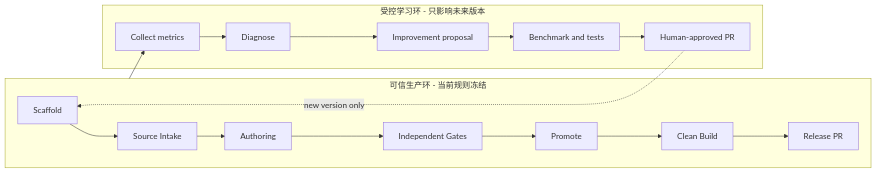
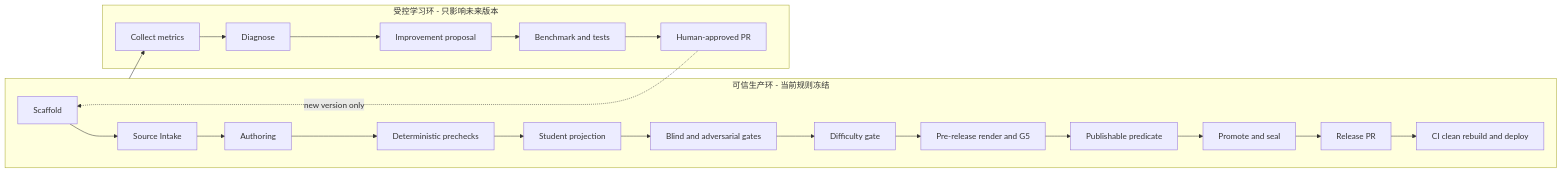
The diagram in docs/superpowers/specs/2026-07-10-cils-exam-factory-v2-design.md (Kendrick-Stein/cils-exam-factory), drawn with Mermaid before and after one commit. The commit also changed other lines of this file, not shown here.

Commit message:
docs: clarify CILS v2 lifecycle and gates

````diff
--- a/docs/superpowers/specs/2026-07-10-cils-exam-factory-v2-design.md
+++ b/docs/superpowers/specs/2026-07-10-cils-exam-factory-v2-design.md
@@ -101,21 +102,26 @@
 ```mermaid
 flowchart LR
   subgraph Production[可信生产环 - 当前规则冻结]
     S0[Scaffold] --> S1[Source Intake]
     S1 --> S2[Authoring]
-    S2 --> G[Independent Gates]
-    G --> P[Promote]
-    P --> B[Clean Build]
-    B --> R[Release PR]
+    S2 --> PC[Deterministic prechecks]
+    PC --> SP[Student projection]
+    SP --> G[Blind and adversarial gates]
+    G --> Q[Difficulty gate]
+    Q --> PB[Pre-release render and G5]
+    PB --> P[Publishable predicate]
+    P --> M[Promote and seal]
+    M --> R[Release PR]
+    R --> B[CI clean rebuild and deploy]
   end
 
   subgraph Learning[受控学习环 - 只影响未来版本]
-    C[Collect metrics] --> D[Diagnose]
+    LC[Collect metrics] --> D[Diagnose]
     D --> I[Improvement proposal]
     I --> T[Benchmark and tests]
     T --> H[Human-approved PR]
   end
 
-  Production --> C
+  Production --> LC
   H -. new version only .-> S0
 ```
````
